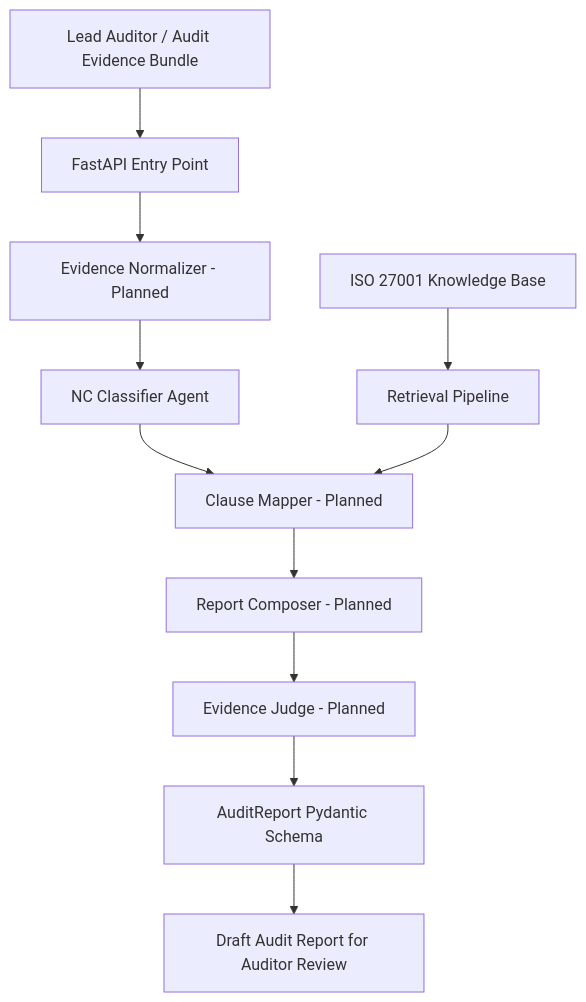
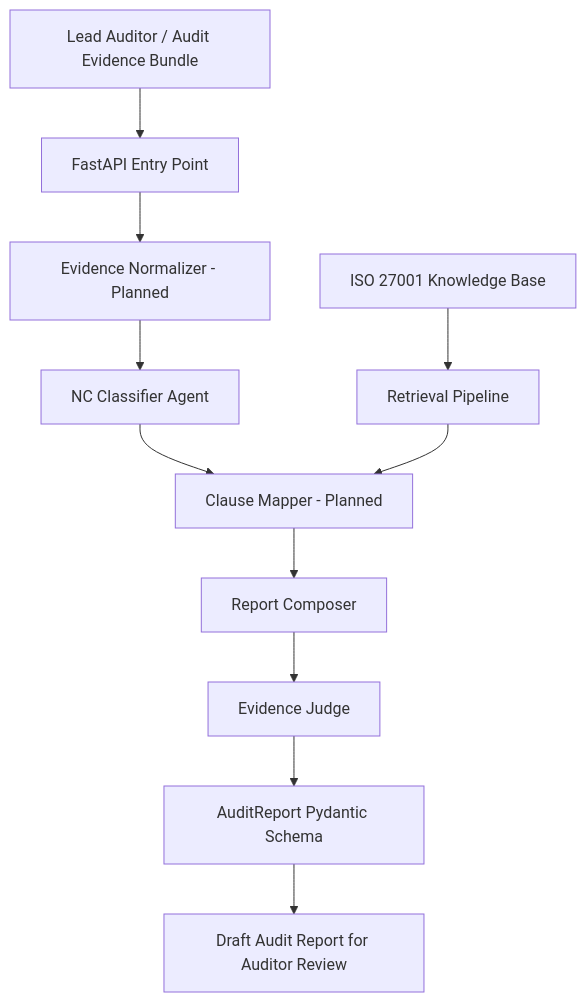
One commit to Folkkkks/ISOAuditReportGenerator changed the diagram in README.md. Above: the diagram before and after it, drawn with Mermaid. The commit also changed other lines of this file and 4 other files, not shown here.

Commit message:
Add Gemini evidence judge agent

````diff
--- a/README.md
+++ b/README.md
@@ -78,18 +78,18 @@
 ```mermaid
 flowchart TD
     A[Lead Auditor / Audit Evidence Bundle]
     A --> B[FastAPI Entry Point]
 
     B --> C[Evidence Normalizer - Planned]
     C --> D[NC Classifier Agent]
     D --> E[Clause Mapper - Planned]
 
     K[ISO 27001 Knowledge Base]
     K --> R[Retrieval Pipeline]
     R --> E
 
-    E --> F[Report Composer - Planned]
-    F --> G[Evidence Judge - Planned]
+    E --> F[Report Composer]
+    F --> G[Evidence Judge]
     G --> H[AuditReport Pydantic Schema]
     H --> I[Draft Audit Report for Auditor Review]
 ```
````
